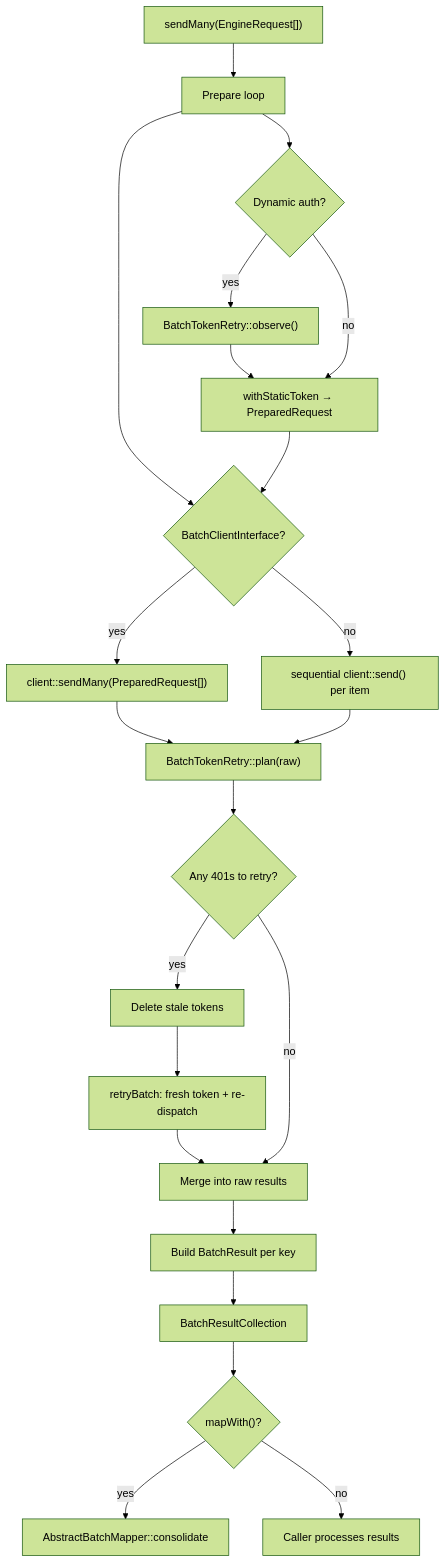
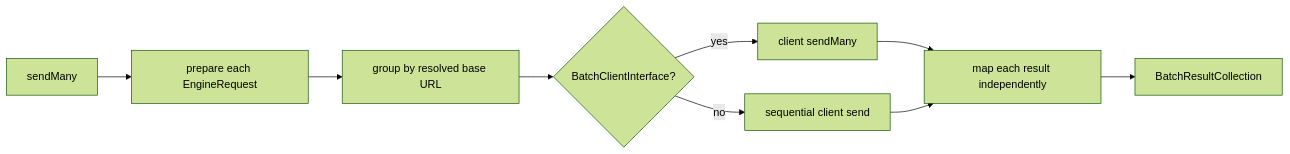
Before and after one commit to CarlosGude/integrationEngine: the fourth of 5 diagrams in docs/advanced/architecture/class-graph.md, drawn with Mermaid (forest theme). The commit also changed other lines of this file and 46 other files, not shown here.

````diff
--- a/docs/advanced/architecture/class-graph.md
+++ b/docs/advanced/architecture/class-graph.md
@@ -476,24 +88,11 @@
 ```mermaid
-flowchart TD
-    A["sendMany(EngineRequest[])"] --> B[Prepare loop]
-    B --> C{Dynamic auth?}
-    C -- yes --> D["BatchTokenRetry::observe()"]
-    D --> E[withStaticToken → PreparedRequest]
-    C -- no --> E
-    B --> F{BatchClientInterface?}
-    E --> F
-    F -- yes --> G["client::sendMany(PreparedRequest[])"]
-    F -- no --> H["sequential client::send() per item"]
-    G --> I["BatchTokenRetry::plan(raw)"]
-    H --> I
-    I --> J{Any 401s to retry?}
-    J -- yes --> K[Delete stale tokens]
-    K --> L[retryBatch: fresh token + re-dispatch]
-    L --> M[Merge into raw results]
-    J -- no --> M
-    M --> N[Build BatchResult per key]
-    N --> O[BatchResultCollection]
-    O --> P{"mapWith()?"}
-    P -- yes --> Q[AbstractBatchMapper::consolidate]
-    P -- no --> R[Caller processes results]
+flowchart LR
+    A[sendMany] --> B[prepare each EngineRequest]
+    B --> C[group by resolved base URL]
+    C --> D{BatchClientInterface?}
+    D -- yes --> E[client sendMany]
+    D -- no --> F[sequential client send]
+    E --> G[map each result independently]
+    F --> G
+    G --> H[BatchResultCollection]
 ```
````
